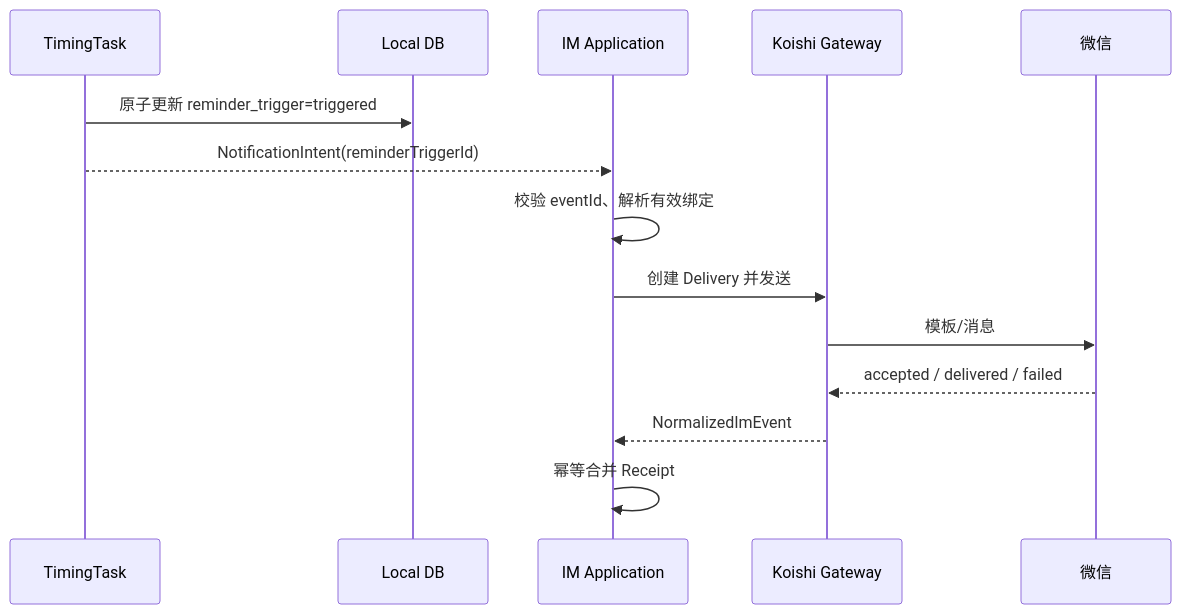
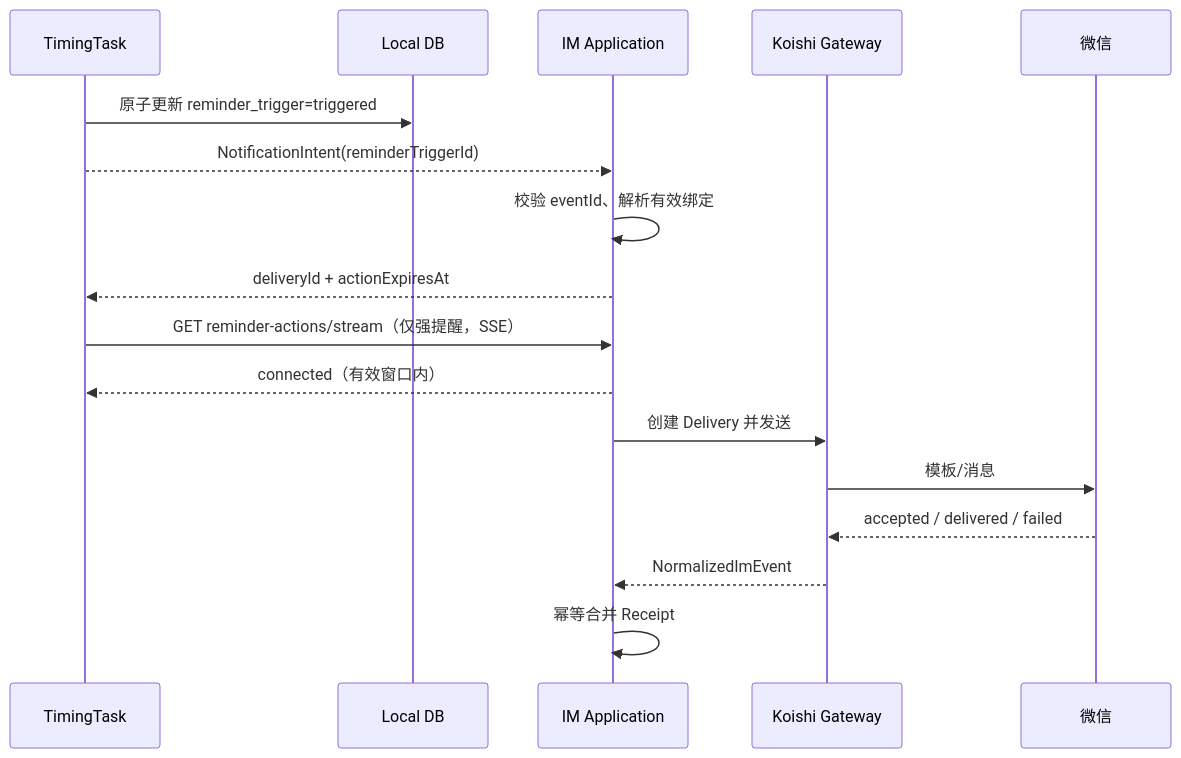
One commit to 1024XEngineer/VoiceLife changed the second of 5 diagrams in docs/整体架构设计format.md. Above: the diagram before and after it, drawn with Mermaid. The commit also changed other lines of this file, not shown here.

First line of the commit message:
docs(arch): define temporary SSE reminder action flow

````diff
--- a/docs/整体架构设计format.md
+++ b/docs/整体架构设计format.md
@@ -118,17 +118,20 @@
 ```mermaid
 sequenceDiagram
   participant T as TimingTask
   participant DB as Local DB
   participant IM as IM Application
   participant K as Koishi Gateway
   participant WX as 微信
 
   T->>DB: 原子更新 reminder_trigger=triggered
   T-->>IM: NotificationIntent(reminderTriggerId)
   IM->>IM: 校验 eventId、解析有效绑定
+  IM-->>T: deliveryId + actionExpiresAt
+  T->>IM: GET reminder-actions/stream（仅强提醒，SSE）
+  IM-->>T: connected（有效窗口内）
   IM->>K: 创建 Delivery 并发送
   K->>WX: 模板/消息
   WX-->>K: accepted / delivered / failed
   K-->>IM: NormalizedImEvent
   IM->>IM: 幂等合并 Receipt
 ```
````
